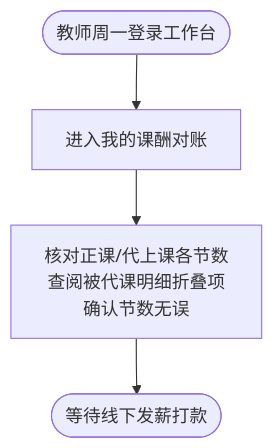
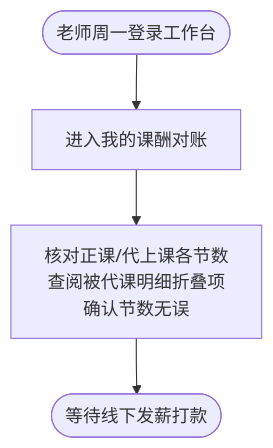
Before and after one commit to Onezao/dream: the third of 4 diagrams in docs/prd/m5b_weekly_settlement.md, drawn with Mermaid. The commit also changed other lines of this file and 37 other files, not shown here.

````diff
--- a/docs/prd/m5b_weekly_settlement.md
+++ b/docs/prd/m5b_weekly_settlement.md
@@ -307,6 +303,6 @@
 ```mermaid
 flowchart TD
-    TeacherLogin([教师周一登录工作台]) --> ViewSalary[进入我的课酬对账]
+    TeacherLogin([老师周一登录工作台]) --> ViewSalary[进入我的课酬对账]
     ViewSalary --> CheckCounts["核对正课/代上课各节数\n查阅被代课明细折叠项\n确认节数无误"]
     CheckCounts --> WaitPayout([等待线下发薪打款])
 ```
````
